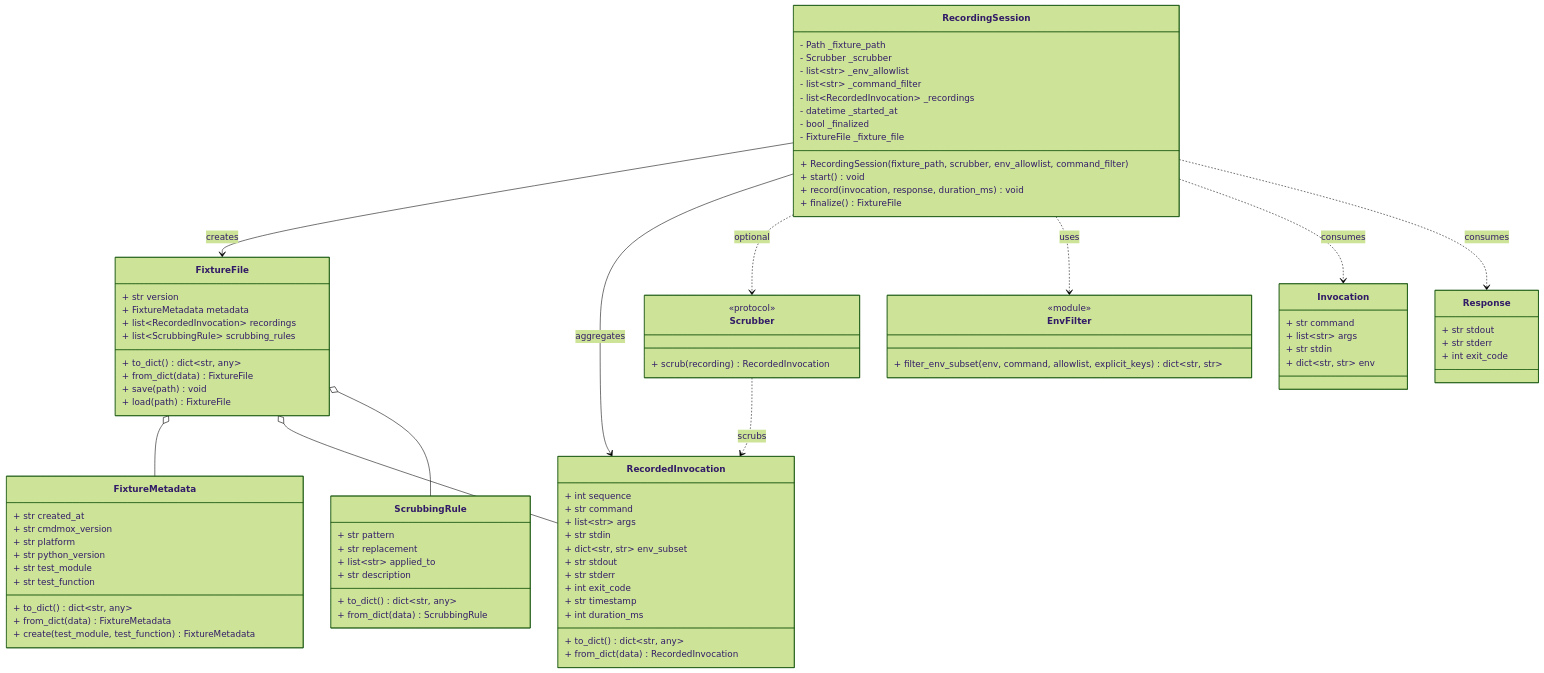
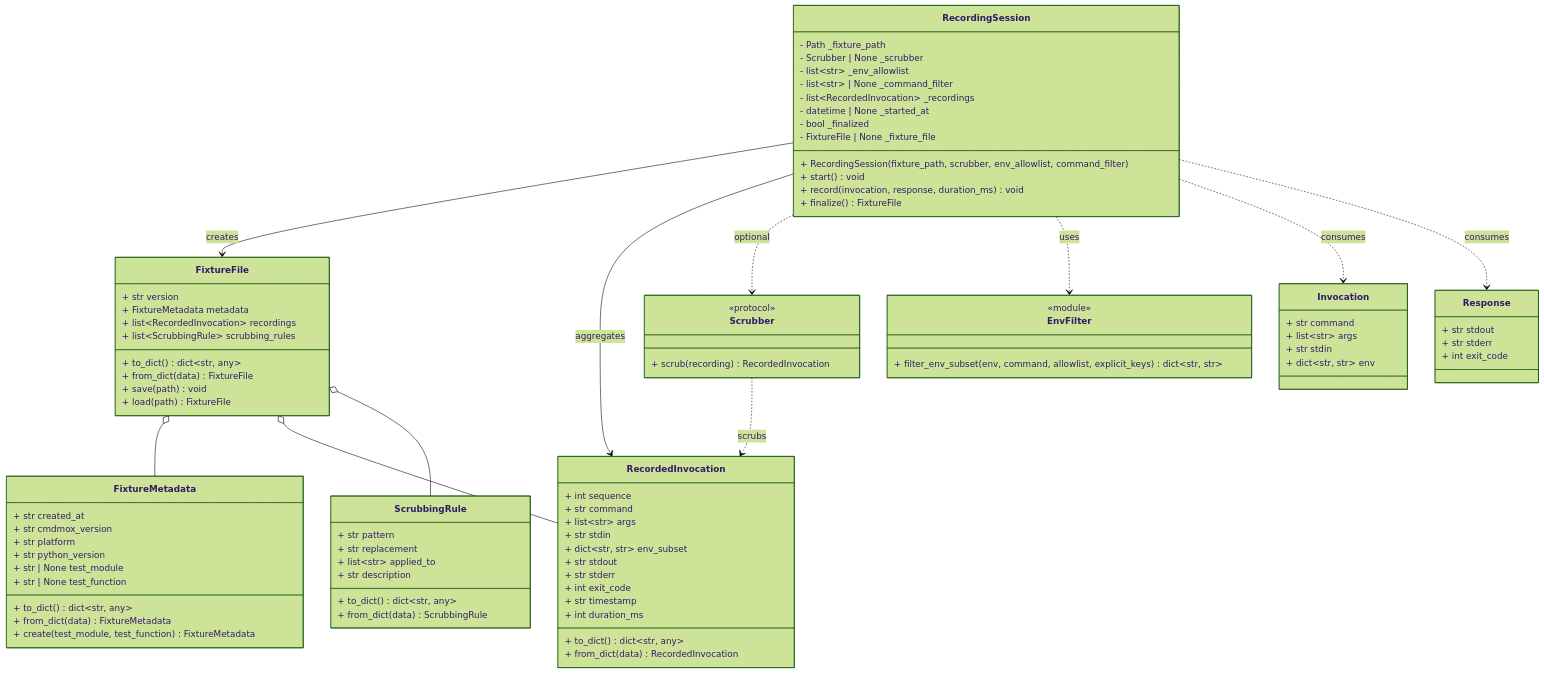
Before and after one commit to leynos/cmd-mox: diagram 26 of 27 in docs/python-native-command-mocking-design.md, drawn with Mermaid (forest theme). The commit also changed 13 other files, not shown here.

```diff
--- a/docs/python-native-command-mocking-design.md
+++ b/docs/python-native-command-mocking-design.md
@@ -2126,13 +2126,13 @@
 classDiagram
     class RecordingSession {
         - Path _fixture_path
-        - Scrubber _scrubber
+        - Scrubber | None _scrubber
         - list~str~ _env_allowlist
-        - list~str~ _command_filter
+        - list~str~ | None _command_filter
         - list~RecordedInvocation~ _recordings
-        - datetime _started_at
+        - datetime | None _started_at
         - bool _finalized
-        - FixtureFile _fixture_file
+        - FixtureFile | None _fixture_file
         + RecordingSession(fixture_path, scrubber, env_allowlist, command_filter)
         + start() void
         + record(invocation, response, duration_ms) void
@@ -2159,8 +2159,8 @@
         + str cmdmox_version
         + str platform
         + str python_version
-        + str test_module
-        + str test_function
+        + str | None test_module
+        + str | None test_function
         + to_dict() dict~str, any~
         + from_dict(data) FixtureMetadata
         + create(test_module, test_function) FixtureMetadata
```
